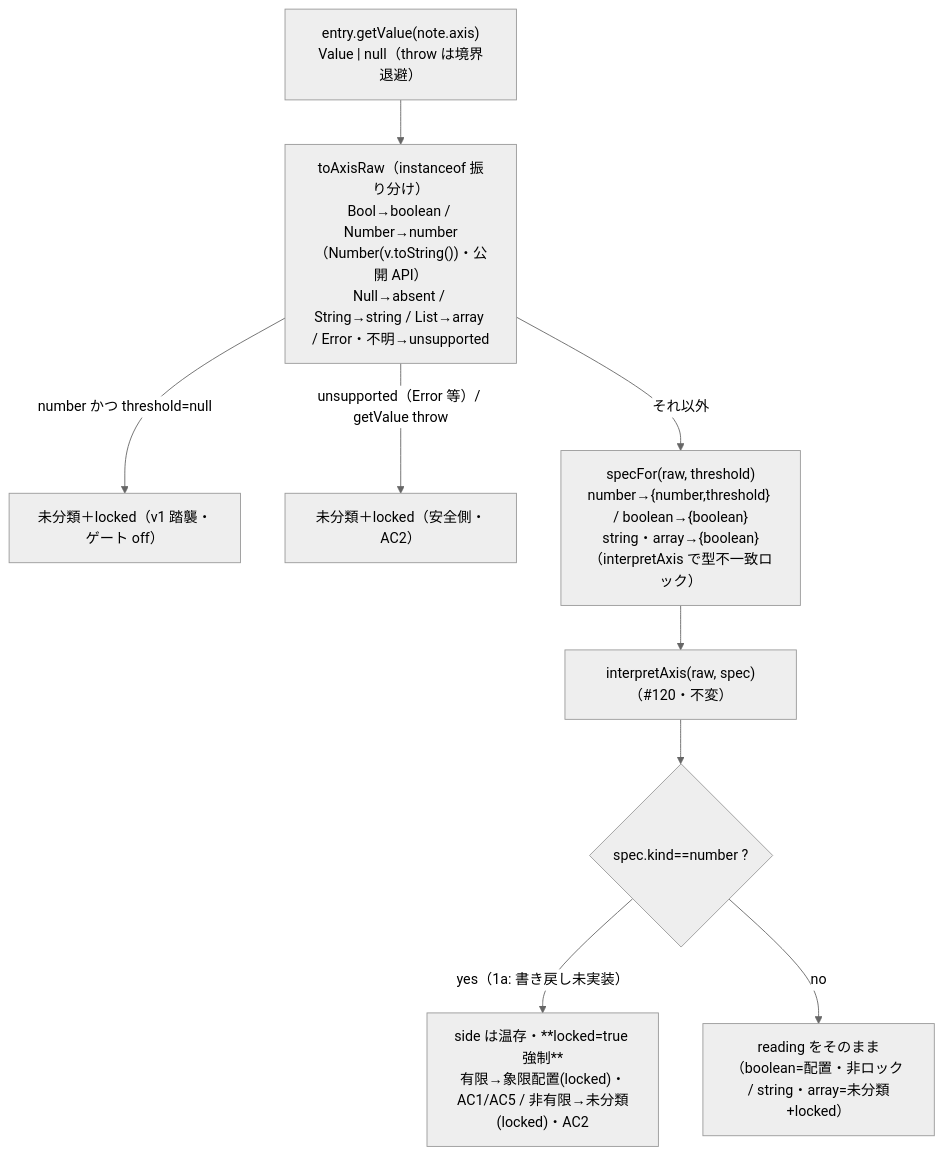
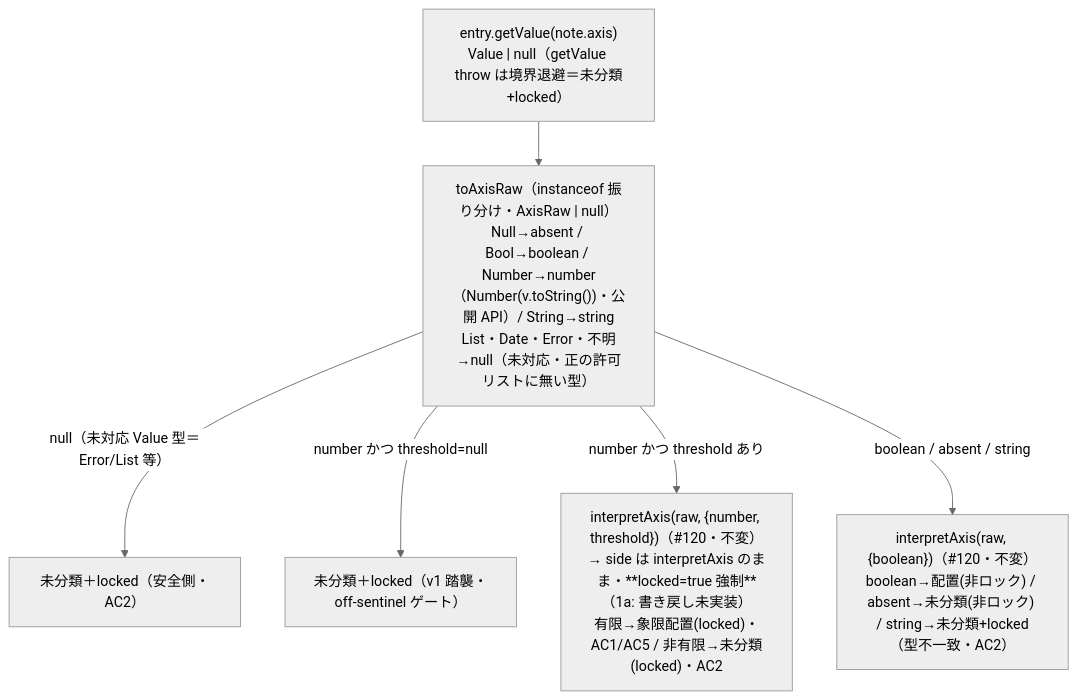
The fourth of 4 diagrams in docs/design/bases.md (nakaba-lab/eisenhower-bases-view), drawn with Mermaid (neutral theme) before and after one commit. The commit also changed other lines of this file and 3 other files, not shown here.

````diff
--- a/docs/design/bases.md
+++ b/docs/design/bases.md
@@ -378,11 +378,8 @@
 ```mermaid
 flowchart TD
-  V["entry.getValue(note.axis)<br/>Value | null（throw は境界退避）"] --> RAW["toAxisRaw（instanceof 振り分け）<br/>Bool→boolean / Number→number（Number(v.toString())・公開 API）<br/>Null→absent / String→string / List→array / Error・不明→unsupported"]
-  RAW -->|"number かつ threshold=null"| V1["未分類＋locked（v1 踏襲・ゲート off）"]
-  RAW -->|"unsupported（Error 等）/ getValue throw"| LK["未分類＋locked（安全側・AC2）"]
-  RAW -->|"それ以外"| SPEC["specFor(raw, threshold)<br/>number→{number,threshold} / boolean→{boolean}<br/>string・array→{boolean}（interpretAxis で型不一致ロック）"]
-  SPEC --> IA["interpretAxis(raw, spec)（#120・不変）"]
-  IA --> POL{"spec.kind==number ?"}
-  POL -->|"yes（1a: 書き戻し未実装）"| NUM["side は温存・**locked=true 強制**<br/>有限→象限配置(locked)・AC1/AC5 / 非有限→未分類(locked)・AC2"]
-  POL -->|"no"| PASS["reading をそのまま（boolean=配置・非ロック / string・array=未分類+locked）"]
+  V["entry.getValue(note.axis)<br/>Value | null（getValue throw は境界退避＝未分類+locked）"] --> RAW["toAxisRaw（instanceof 振り分け・AxisRaw | null）<br/>Null→absent / Bool→boolean / Number→number（Number(v.toString())・公開 API）/ String→string<br/>List・Date・Error・不明→null（未対応・正の許可リストに無い型）"]
+  RAW -->|"null（未対応 Value 型＝Error/List 等）"| LK["未分類＋locked（安全側・AC2）"]
+  RAW -->|"number かつ threshold=null"| V1["未分類＋locked（v1 踏襲・off-sentinel ゲート）"]
+  RAW -->|"number かつ threshold あり"| NUM["interpretAxis(raw, {number, threshold})（#120・不変）<br/>→ side は interpretAxis のまま・**locked=true 強制**（1a: 書き戻し未実装）<br/>有限→象限配置(locked)・AC1/AC5 / 非有限→未分類(locked)・AC2"]
+  RAW -->|"boolean / absent / string"| BOOL["interpretAxis(raw, {boolean})（#120・不変）<br/>boolean→配置(非ロック) / absent→未分類(非ロック) / string→未分類+locked（型不一致・AC2）"]
 ```
````
